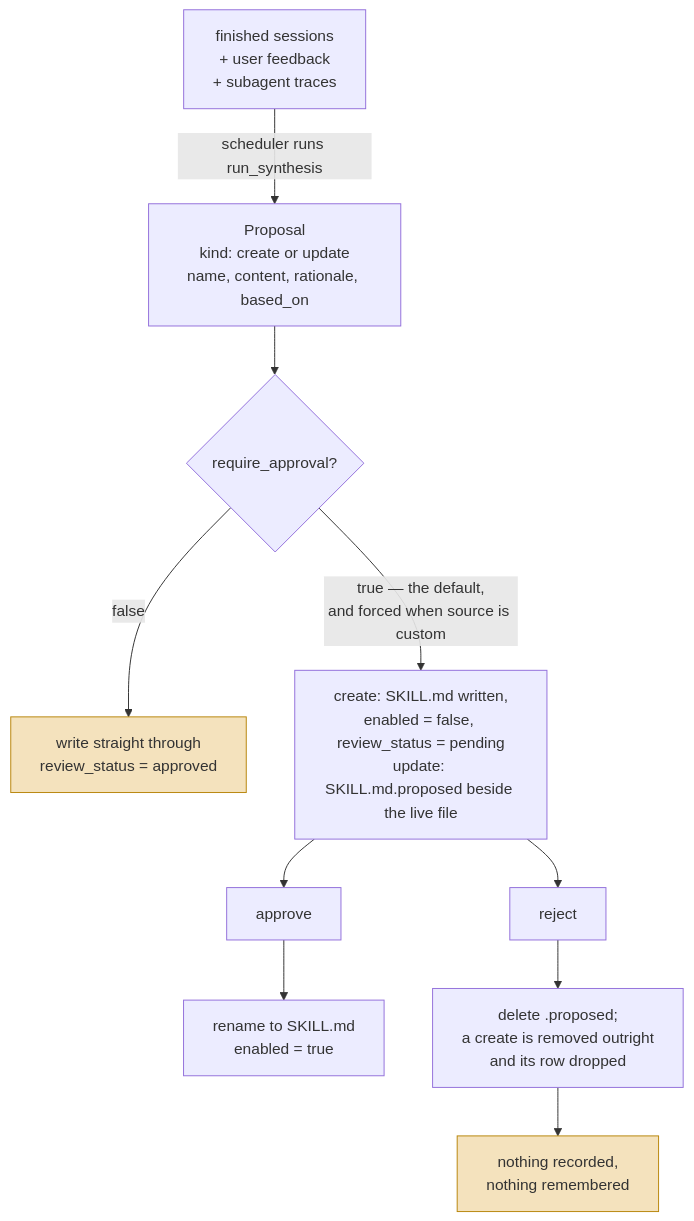
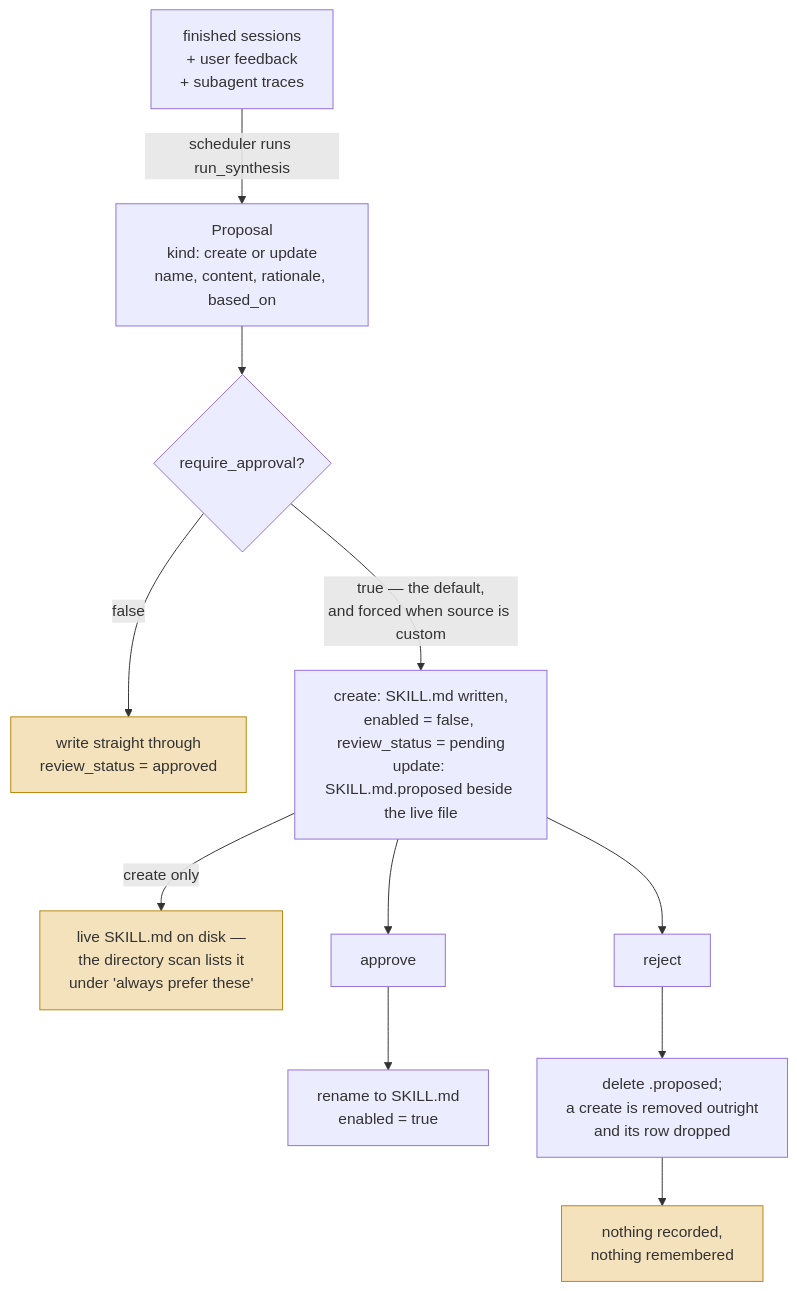
Before and after one commit to neoneye/agent-memory-atlas: the first of 2 diagrams in content/systems/tigrimosr.md, drawn with Mermaid. The commit also changed other lines of this file and 6 other files, not shown here.

First line of the commit message:
TigrimOSR audited at its unchanged pin: a pending skill is written live and advertised first, so "withheld from every run" was our error

````diff
--- a/content/systems/tigrimosr.md
+++ b/content/systems/tigrimosr.md
@@ -100,18 +100,20 @@
 ```mermaid
-%% caption: approval is required by default and forced for custom sources, staging a proposal beside the live file — and a rejection deletes it, recording nothing that would stop the same proposal returning
+%% caption: approval is required by default and forced for custom sources, staging an update beside the live file — but a newly created skill is written live before the flag is read, a rejection deletes the proposal and records nothing that would stop it returning
 flowchart TB
     SRC["finished sessions<br/>+ user feedback<br/>+ subagent traces"]
     SRC -->|"scheduler runs run_synthesis"| PR["Proposal<br/>kind: create or update<br/>name, content, rationale, based_on"]
     PR --> GATE{"require_approval?"}
     GATE -->|"false"| THRU["write straight through<br/>review_status = approved"]
     GATE -->|"true — the default,<br/>and forced when source is custom"| STAGE
     STAGE["create: SKILL.md written,<br/>enabled = false, review_status = pending<br/>update: SKILL.md.proposed beside the live file"]
+    STAGE -->|"create only"| LEAK["live SKILL.md on disk —<br/>the directory scan lists it<br/>under 'always prefer these'"]
     STAGE --> AP["approve"]
     STAGE --> RJ["reject"]
     AP --> LIVE["rename to SKILL.md<br/>enabled = true"]
     RJ --> DEL["delete .proposed;<br/>a create is removed outright<br/>and its row dropped"]
     DEL --> NOTHING["nothing recorded,<br/>nothing remembered"]
 
     style THRU fill:#f4e2bd,stroke:#b8860b
+    style LEAK fill:#f4e2bd,stroke:#b8860b
     style NOTHING fill:#f4e2bd,stroke:#b8860b
 ```
````
